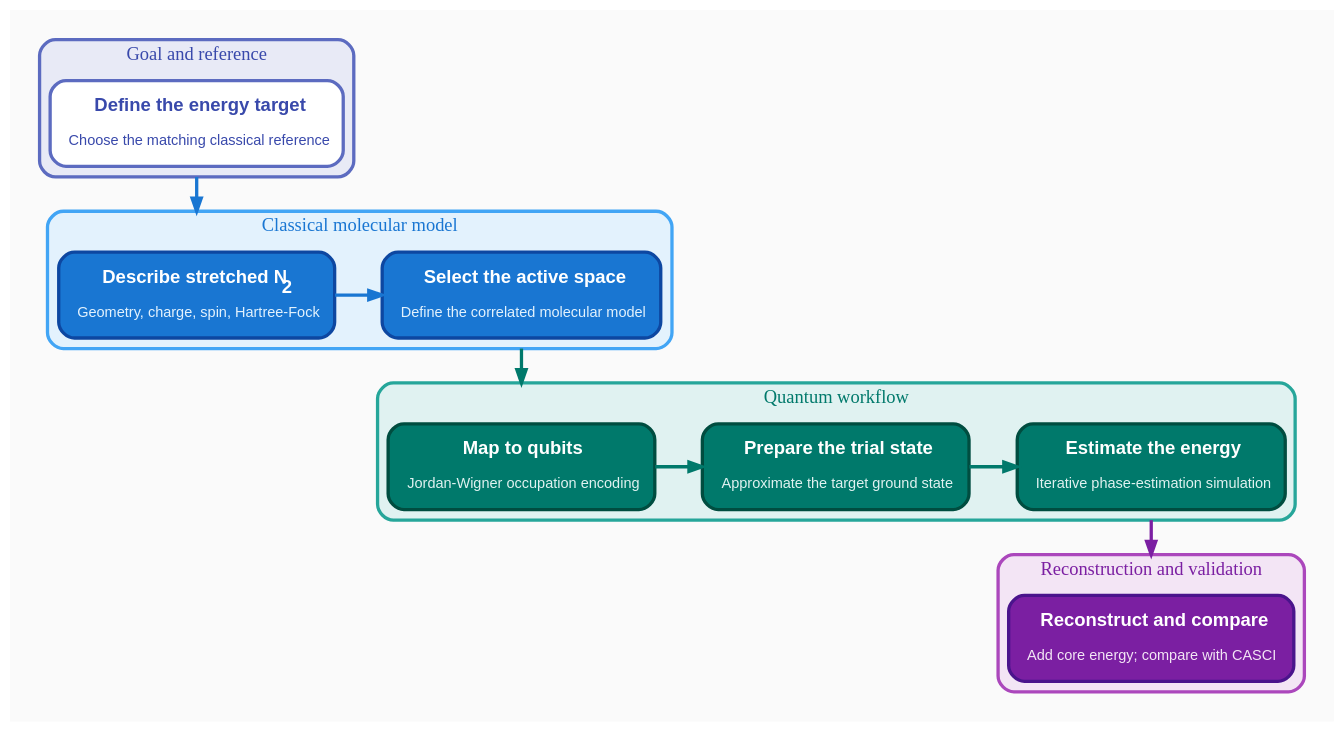
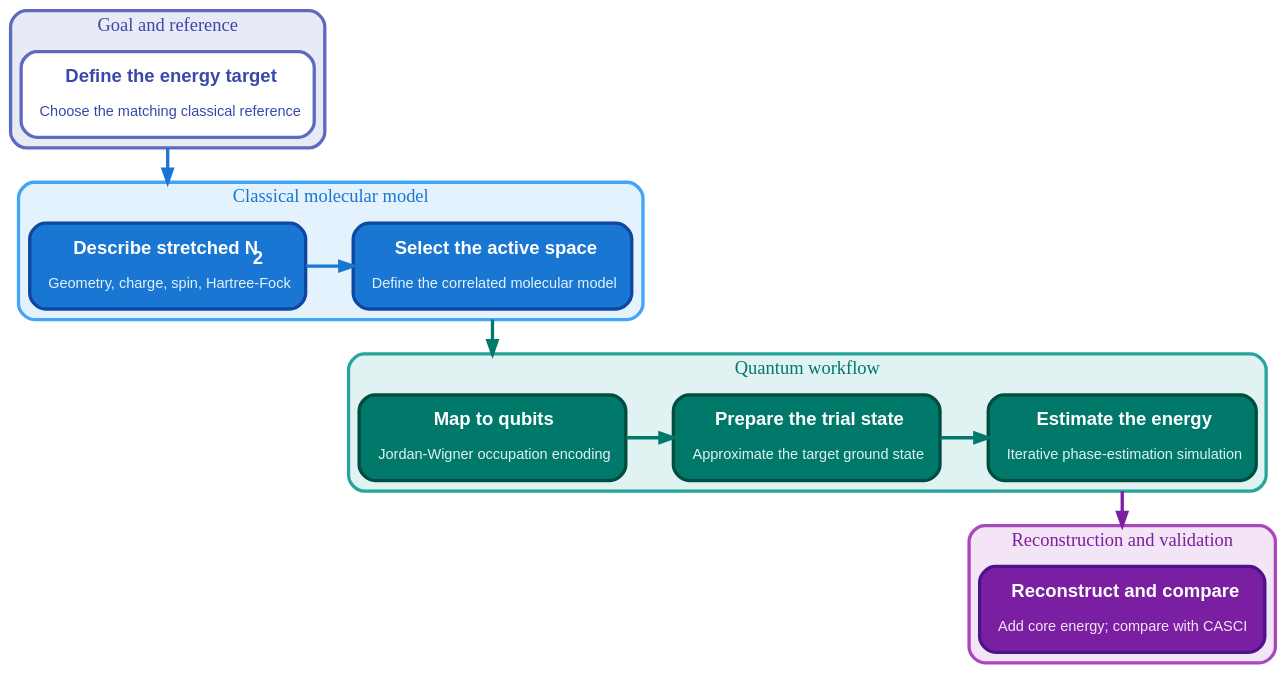
The diagram in docs/source/_static/diagrams/tutorial_qpe_workflow.dot (microsoft/qdk-chemistry), drawn with Graphviz before and after one commit. The commit also changed 7 other files, not shown here.

Commit message:
Render tutorial Graphviz diagrams as transparent SVG

```diff
--- a/docs/source/_static/diagrams/tutorial_qpe_workflow.dot
+++ b/docs/source/_static/diagrams/tutorial_qpe_workflow.dot
@@ -1,79 +1,79 @@
 digraph TutorialQpeWorkflow {
     rankdir=TB;
     ranksep=0.9;
     nodesep=0.5;
     newrank=true;
     compound=true;
     overlap=false;
     splines=spline;
     pad=0.2;
-    bgcolor="#FAFAFA";
+    bgcolor="transparent";
 
     node [shape=box, style="rounded,filled", fontname="Arial", width=2.8, height=0.9, margin="0.20,0.16"];
     edge [penwidth=2.5, arrowsize=1.0];
 
     subgraph cluster_goal {
         label="Goal and reference";
         style="filled,rounded";
         fillcolor="#E8EAF6";
         color="#5C6BC0";
         penwidth=2.5;
         fontsize=14;
         fontname="Arial Bold";
         fontcolor="#3949AB";
 
         Goal [label=<<B>Define the energy target</B><BR/><BR/><FONT POINT-SIZE="11">Choose the matching classical reference</FONT>>, fillcolor="#FFFFFF", color="#5C6BC0", penwidth=2.5, fontcolor="#3949AB", group=left];
     }
 
     subgraph cluster_classical {
         label="Classical molecular model";
         style="filled,rounded";
         fillcolor="#E3F2FD";
         color="#42A5F5";
         penwidth=2.5;
         fontsize=14;
         fontname="Arial Bold";
         fontcolor="#1976D2";
         rank=same;
 
         Molecule [label=<<B>Describe stretched N<SUB>2</SUB></B><BR/><BR/><FONT POINT-SIZE="11" COLOR="#E3F2FD">Geometry, charge, spin, Hartree-Fock</FONT>>, fillcolor="#1976D2", color="#0D47A1", penwidth=2.5, fontcolor="#FFFFFF", group=left];
         ActiveSpace [label=<<B>Select the active space</B><BR/><BR/><FONT POINT-SIZE="11" COLOR="#E3F2FD">Define the correlated molecular model</FONT>>, fillcolor="#1976D2", color="#0D47A1", penwidth=2.5, fontcolor="#FFFFFF", group=right];
 
         Molecule -> ActiveSpace [color="#1976D2"];
     }
 
     subgraph cluster_quantum {
         label="Quantum workflow";
         style="filled,rounded";
         fillcolor="#E0F2F1";
         color="#26A69A";
         penwidth=2.5;
         fontsize=14;
         fontname="Arial Bold";
         fontcolor="#00796B";
         rank=same;
 
         Mapping [label=<<B>Map to qubits</B><BR/><BR/><FONT POINT-SIZE="11" COLOR="#E0F2F1">Jordan-Wigner occupation encoding</FONT>>, fillcolor="#00796B", color="#004D40", penwidth=2.5, fontcolor="#FFFFFF", group=right];
         TrialState [label=<<B>Prepare the trial state</B><BR/><BR/><FONT POINT-SIZE="11" COLOR="#E0F2F1">Approximate the target ground state</FONT>>, fillcolor="#00796B", color="#004D40", penwidth=2.5, fontcolor="#FFFFFF", group=center];
         Iqpe [label=<<B>Estimate the energy</B><BR/><BR/><FONT POINT-SIZE="11" COLOR="#E0F2F1">Iterative phase-estimation simulation</FONT>>, fillcolor="#00796B", color="#004D40", penwidth=2.5, fontcolor="#FFFFFF", group=left];
 
         Mapping -> TrialState -> Iqpe [color="#00796B"];
     }
 
     subgraph cluster_result {
         label="Reconstruction and validation";
         style="filled,rounded";
         fillcolor="#F3E5F5";
         color="#AB47BC";
         penwidth=2.5;
         fontsize=14;
         fontname="Arial Bold";
         fontcolor="#7B1FA2";
 
         Result [label=<<B>Reconstruct and compare</B><BR/><BR/><FONT POINT-SIZE="11" COLOR="#F3E5F5">Add core energy; compare with CASCI</FONT>>, fillcolor="#7B1FA2", color="#4A148C", penwidth=2.5, fontcolor="#FFFFFF", group=left];
     }
 
     Goal:s -> Molecule:n [color="#1976D2", ltail=cluster_goal, lhead=cluster_classical, weight=10];
     ActiveSpace:s -> Mapping:n [color="#00796B", ltail=cluster_classical, lhead=cluster_quantum, weight=10];
     Iqpe:s -> Result:n [color="#7B1FA2", ltail=cluster_quantum, lhead=cluster_result, weight=10];
 }
```
